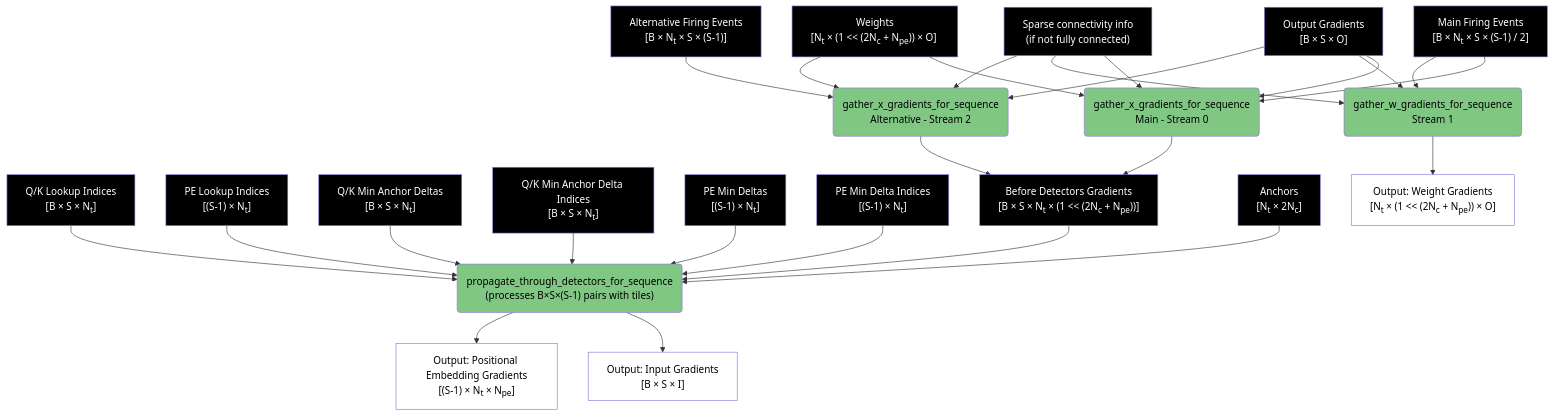
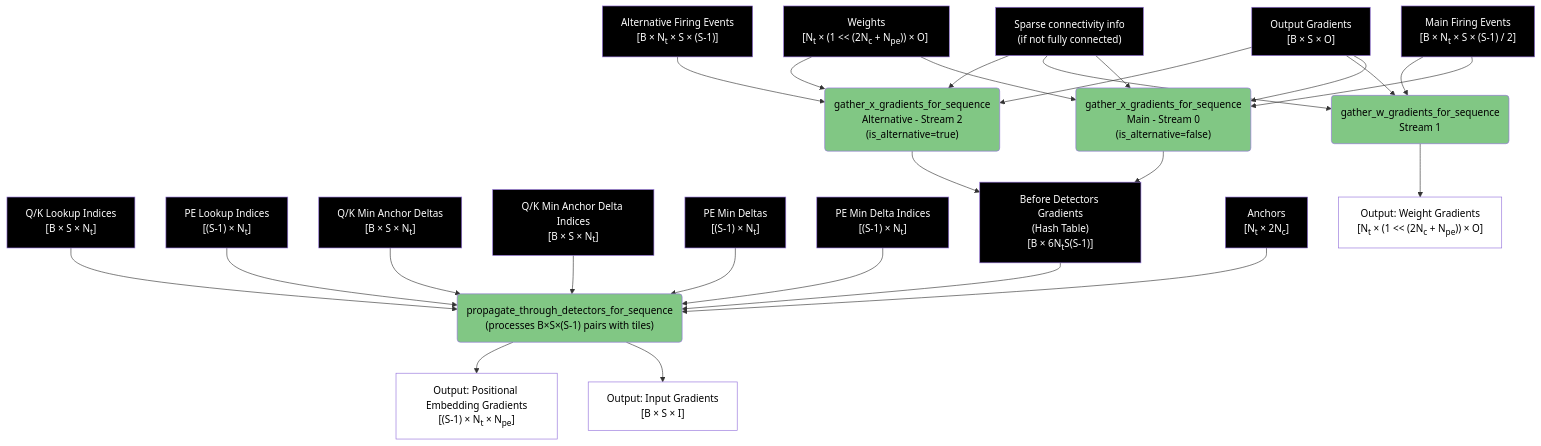
The sixth of 6 diagrams in spiky_cuda/lut/doc/LUT_RUNTIME_DATA_FLOW.md (anatoli-starostin/spiky), drawn with Mermaid before and after one commit. The commit also changed other lines of this file and 3 other files, not shown here.

````diff
--- a/spiky_cuda/lut/doc/LUT_RUNTIME_DATA_FLOW.md
+++ b/spiky_cuda/lut/doc/LUT_RUNTIME_DATA_FLOW.md
@@ -219,57 +218,55 @@
 ```mermaid
 flowchart TD
-    A["Output Gradients<br/>[B × S × O]"] --> B("gather_x_gradients_for_sequence<br/>Main - Stream 0")
+    A["Output Gradients<br/>[B × S × O]"] --> B("gather_x_gradients_for_sequence<br/>Main - Stream 0<br/>(is_alternative=false)")
     A --> C("gather_w_gradients_for_sequence<br/>Stream 1")
-    A --> D("gather_x_gradients_for_sequence<br/>Alternative - Stream 2")
+    A --> D("gather_x_gradients_for_sequence<br/>Alternative - Stream 2<br/>(is_alternative=true)")
     
     E["Main Firing Events<br/>[B × N<sub>t</sub> × S × (S-1) / 2]"] --> B
     E --> C
     F["Alternative Firing Events<br/>[B × N<sub>t</sub> × S × (S-1)]"] --> D
     
     L3["Q/K Lookup Indices<br/>[B × S × N<sub>t</sub>]"] --> I
     L4["PE Lookup Indices<br/>[(S-1) × N<sub>t</sub>]"] --> I
     M5["Q/K Min Anchor Deltas<br/>[B × S × N<sub>t</sub>]"] --> I
     M6["Q/K Min Anchor Delta Indices<br/>[B&nbsp;×&nbsp;S&nbsp;×&nbsp;N<sub>t</sub>]"] --> I
     M7["PE Min Deltas<br/>[(S-1) × N<sub>t</sub>]"] --> I
     M8["PE Min Delta Indices<br/>[(S-1) × N<sub>t</sub>]"] --> I
     
     W6["Weights<br/>[N<sub>t</sub>&nbsp;×&nbsp;(1&nbsp;<<&nbsp;(2N<sub>c</sub>&nbsp;+&nbsp;N<sub>pe</sub>))&nbsp;×&nbsp;O]&nbsp;"] --> B
     W6 --> D
     SC4["Sparse connectivity info<br/>(if not fully connected)"] --> B
     SC4 --> C
     SC4 --> D
     
-    B --> G["Before Detectors Gradients<br/>[B&nbsp;×&nbsp;S&nbsp;×&nbsp;N<sub>t</sub>&nbsp;×&nbsp;(1&nbsp;<<&nbsp;(2N<sub>c</sub>&nbsp;+&nbsp;N<sub>pe</sub>))]"]
+    B --> G["Before Detectors Gradients<br/>(Hash Table)<br/>[B × 6N<sub>t</sub>S(S-1)]"]
     D --> G
     
     D6["Anchors<br/>[N<sub>t</sub> × 2N<sub>c</sub>]"] --> I("propagate_through_detectors_for_sequence<br/>(processes B×S×(S-1) pairs with tiles)")
     G --> I
     
     I --> J["Output: Input Gradients<br/>[B × S × I]"]
     I --> K["Output: Positional Embedding Gradients<br/>[(S-1) × N<sub>t</sub> × N<sub>pe</sub>]"]
     
     C --> H["Output: Weight Gradients<br/>[N<sub>t</sub>&nbsp;×&nbsp;(1&nbsp;<<&nbsp;(2N<sub>c</sub>&nbsp;+&nbsp;N<sub>pe</sub>))&nbsp;×&nbsp;O]"]
     
     style B fill:#81c784,color:#000000
     style C fill:#81c784,color:#000000
     style D fill:#81c784,color:#000000
     style I fill:#81c784,color:#000000
     style H fill:#ffffff,color:#000000
     style J fill:#ffffff,color:#000000
     style K fill:#ffffff,color:#000000
     style A fill:#000000,color:#ffffff
     style W6 fill:#000000,color:#ffffff
     style E fill:#000000,color:#ffffff
     style F fill:#000000,color:#ffffff
     style L3 fill:#000000,color:#ffffff
     style L4 fill:#000000,color:#ffffff
     style M5 fill:#000000,color:#ffffff
     style M6 fill:#000000,color:#ffffff
     style M7 fill:#000000,color:#ffffff
     style M8 fill:#000000,color:#ffffff
     style D6 fill:#000000,color:#ffffff
     style SC4 fill:#000000,color:#ffffff
     style G fill:#000000,color:#ffffff
-    style E fill:#000000,color:#ffffff
-    style F fill:#000000,color:#ffffff
 ```
````
